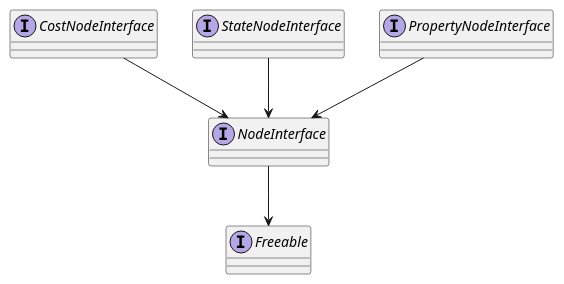
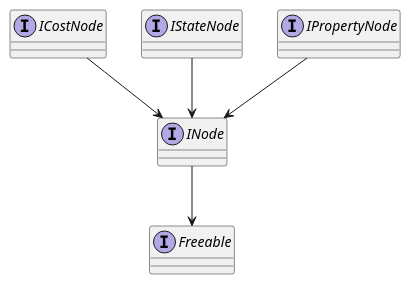
The first of 2 diagrams in doc/structure/nodes.md (JungVictor/jungvictor.github.io), drawn with PlantUML before and after one commit. The commit also changed other lines of this file and 6 other files, not shown here.

````diff
--- a/doc/structure/nodes.md
+++ b/doc/structure/nodes.md
@@ -13,16 +13,16 @@
 ```plantuml
 @startuml
 
 interface Freeable
-interface NodeInterface
-interface CostNodeInterface
-interface StateNodeInterface
-interface PropertyNodeInterface
+interface INode
+interface ICostNode
+interface IStateNode
+interface IPropertyNode
 
-NodeInterface --> Freeable
-CostNodeInterface --> NodeInterface
-StateNodeInterface --> NodeInterface
-PropertyNodeInterface --> NodeInterface
+INode --> Freeable
+ICostNode --> INode
+IStateNode --> INode
+IPropertyNode --> INode
 
 @enduml
 ```
````
